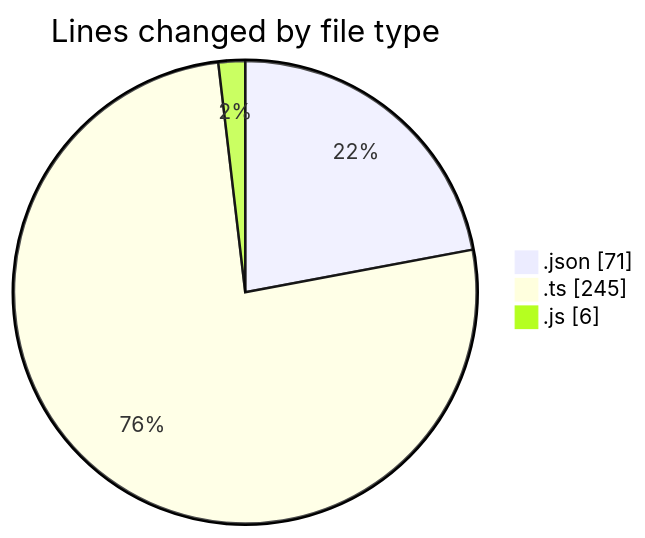
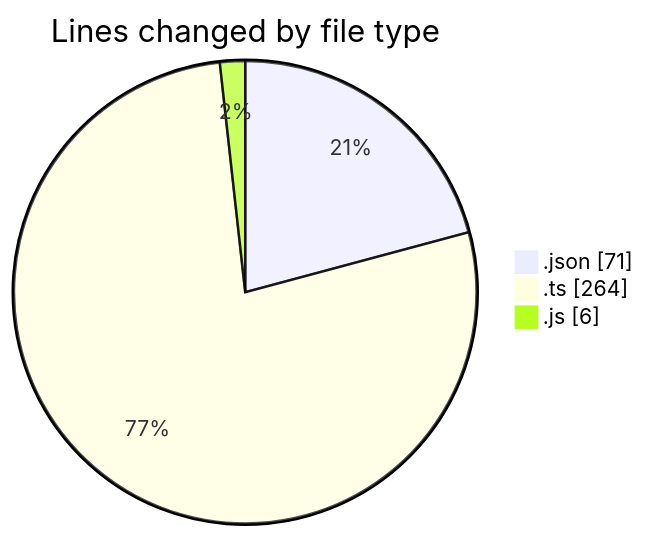
Before and after one commit to momahboobian/code-tracking: the first of 2 diagrams in 2025-02-06/cda/README.md, drawn with Mermaid. The commit also changed other lines of this file and 1 other file, not shown here.

````diff
--- a/2025-02-06/cda/README.md
+++ b/2025-02-06/cda/README.md
@@ -25,7 +25,7 @@
 ```mermaid
 pie showData
 title Lines changed by file type
 ".json" : 71
-".ts" : 245
+".ts" : 264
 ".js" : 6
 ```
````
